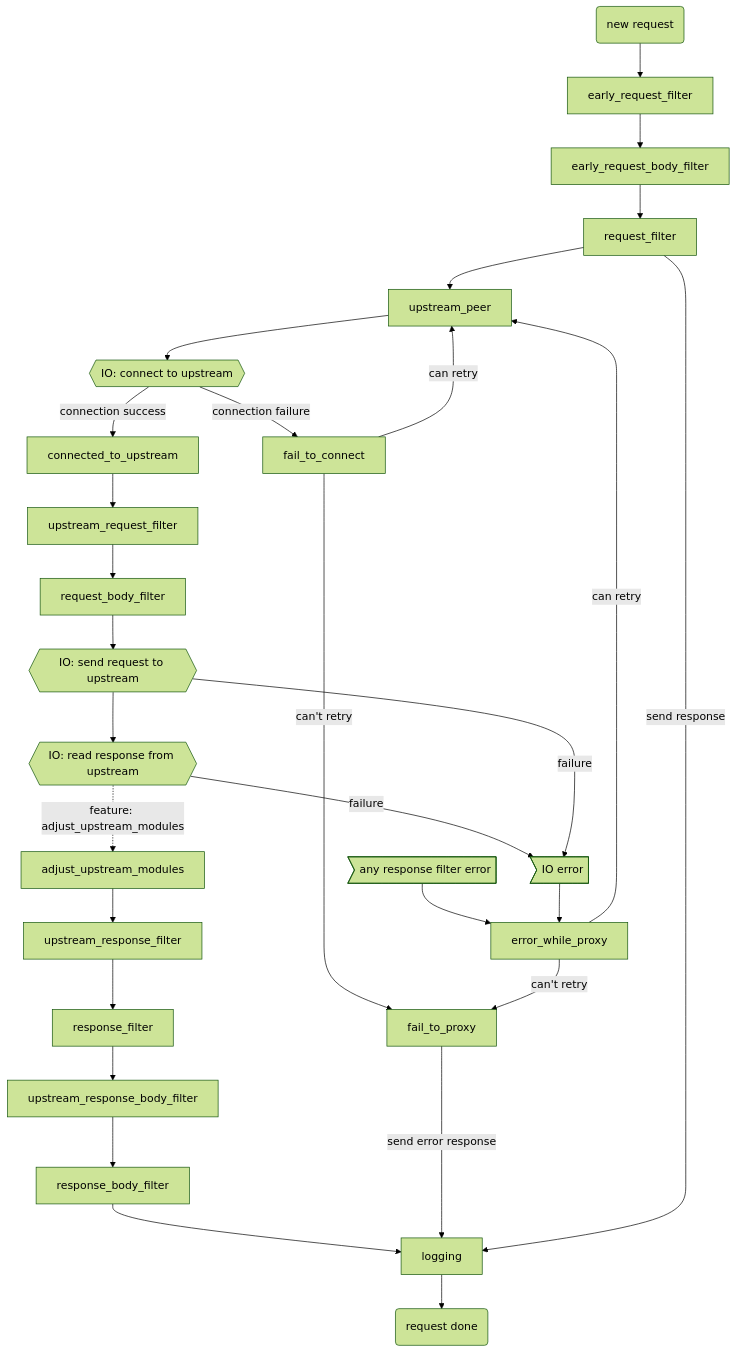
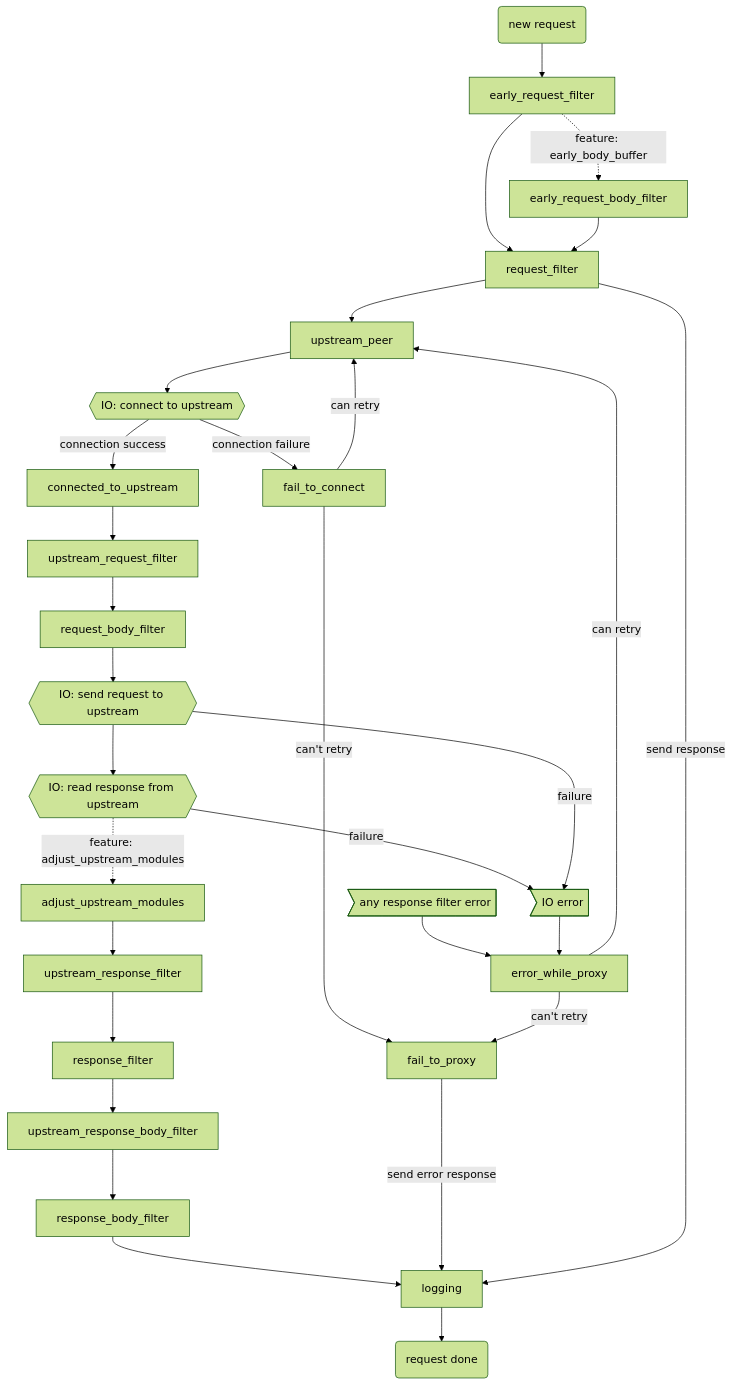
Before and after one commit to cloudflare/pingora: the diagram in docs/user_guide/phase.md, drawn with Mermaid (forest theme). The commit also changed other lines of this file and 2 other files, not shown here.

Commit message:
Show early body buffering as opt-in in the phase docs

````diff
--- a/docs/user_guide/phase.md
+++ b/docs/user_guide/phase.md
@@ -17,33 +18,34 @@
 ```mermaid
  graph TD;
     start("new request")-->early_request_filter;
-    early_request_filter-->early_request_body_filter;
+    early_request_filter-->request_filter;
+    early_request_filter-.feature: early_body_buffer.->early_request_body_filter;
     early_request_body_filter-->request_filter;
     request_filter-->upstream_peer;
 
     upstream_peer-->Connect{{IO: connect to upstream}};
 
     Connect--connection success-->connected_to_upstream;
     Connect--connection failure-->fail_to_connect;
 
     connected_to_upstream-->upstream_request_filter;
     upstream_request_filter --> request_body_filter;
     request_body_filter --> SendReq{{IO: send request to upstream}};
     SendReq-->RecvResp{{IO: read response from upstream}};
     RecvResp-.feature: adjust_upstream_modules.->adjust_upstream_modules;
     adjust_upstream_modules-->upstream_response_filter-->response_filter-->upstream_response_body_filter-->response_body_filter-->logging-->endreq("request done");
 
     fail_to_connect --can retry-->upstream_peer;
     fail_to_connect --can't retry-->fail_to_proxy--send error response-->logging;
 
     RecvResp--failure-->IOFailure;
     SendReq--failure-->IOFailure;
     error_while_proxy--can retry-->upstream_peer;
     error_while_proxy--can't retry-->fail_to_proxy;
 
     request_filter --send response-->logging
 
 
     Error>any response filter error]-->error_while_proxy
     IOFailure>IO error]-->error_while_proxy
 ```
````
